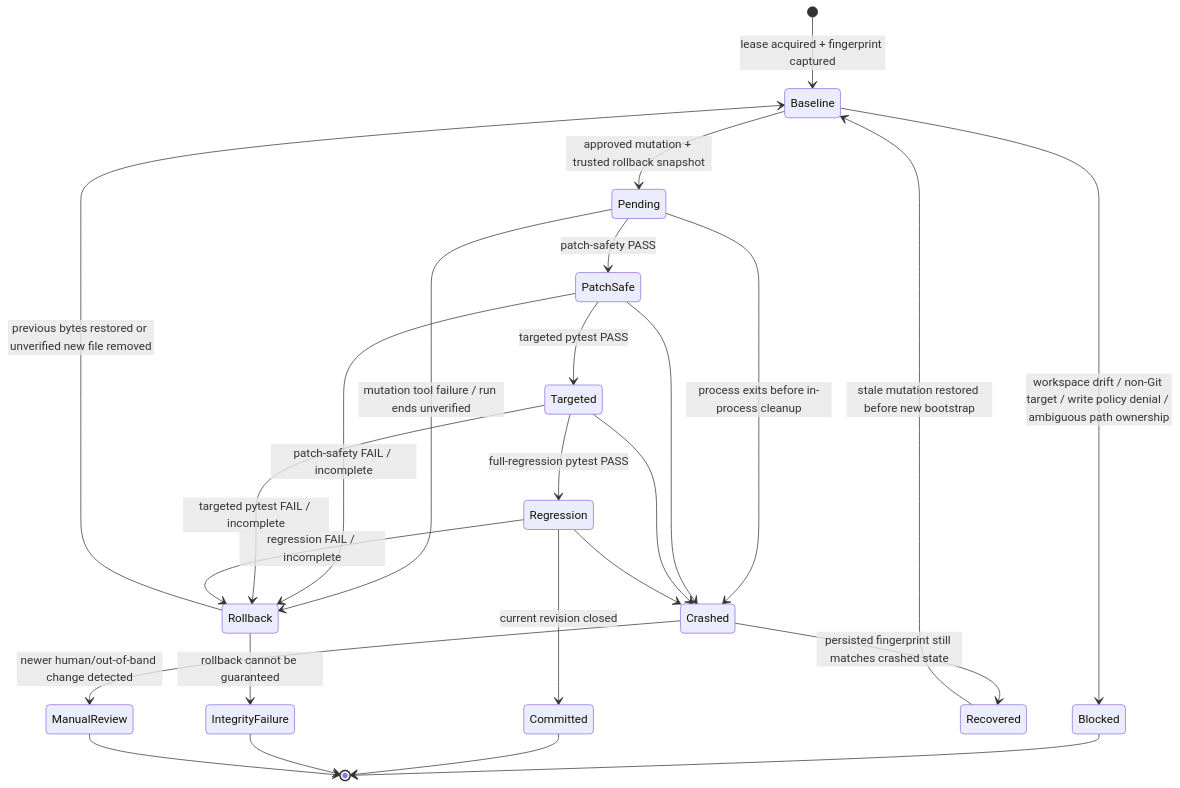
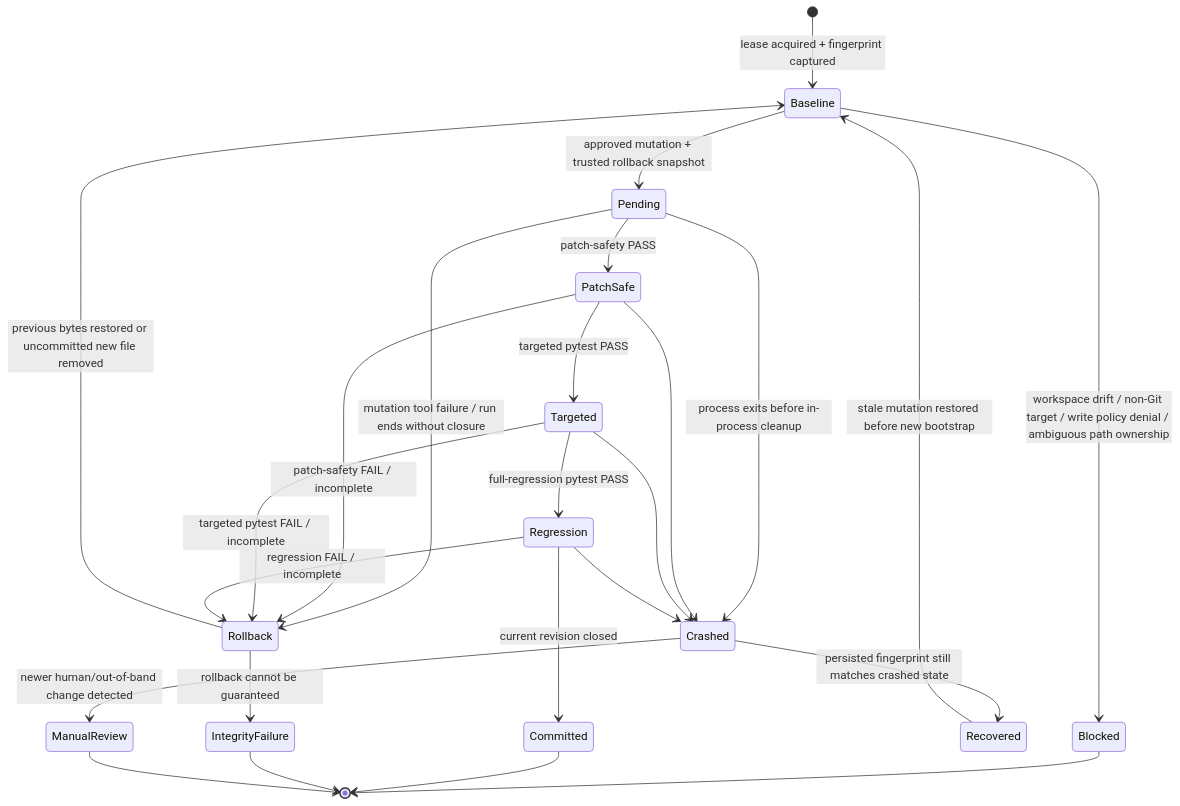
The diagram in docs/RUNTIME_CONTROL.md (portyu9/ai-qa-automation), drawn with Mermaid before and after one commit. The commit also changed other lines of this file, not shown here.

````diff
--- a/docs/RUNTIME_CONTROL.md
+++ b/docs/RUNTIME_CONTROL.md
@@ -21,36 +19,36 @@
 ```mermaid
 stateDiagram-v2
     [*] --> Baseline: lease acquired + fingerprint captured
 
     Baseline --> Blocked: workspace drift / non-Git target / write policy denial / ambiguous path ownership
     Baseline --> Pending: approved mutation + trusted rollback snapshot
 
     Pending --> PatchSafe: patch-safety PASS
-    Pending --> Rollback: mutation tool failure / run ends unverified
+    Pending --> Rollback: mutation tool failure / run ends without closure
 
     PatchSafe --> Targeted: targeted pytest PASS
     PatchSafe --> Rollback: patch-safety FAIL / incomplete
 
     Targeted --> Regression: full-regression pytest PASS
     Targeted --> Rollback: targeted pytest FAIL / incomplete
 
     Regression --> Committed: current revision closed
     Regression --> Rollback: regression FAIL / incomplete
 
-    Rollback --> Baseline: previous bytes restored or unverified new file removed
+    Rollback --> Baseline: previous bytes restored or uncommitted new file removed
     Rollback --> IntegrityFailure: rollback cannot be guaranteed
 
     Pending --> Crashed: process exits before in-process cleanup
     PatchSafe --> Crashed
     Targeted --> Crashed
     Regression --> Crashed
 
     Crashed --> Recovered: persisted fingerprint still matches crashed state
     Recovered --> Baseline: stale mutation restored before new bootstrap
     Crashed --> ManualReview: newer human/out-of-band change detected
 
     Blocked --> [*]
     Committed --> [*]
     IntegrityFailure --> [*]
     ManualReview --> [*]
 ```
````
